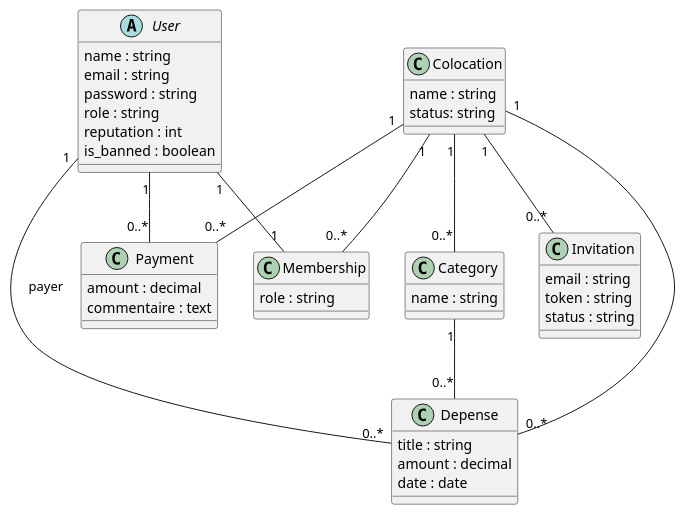
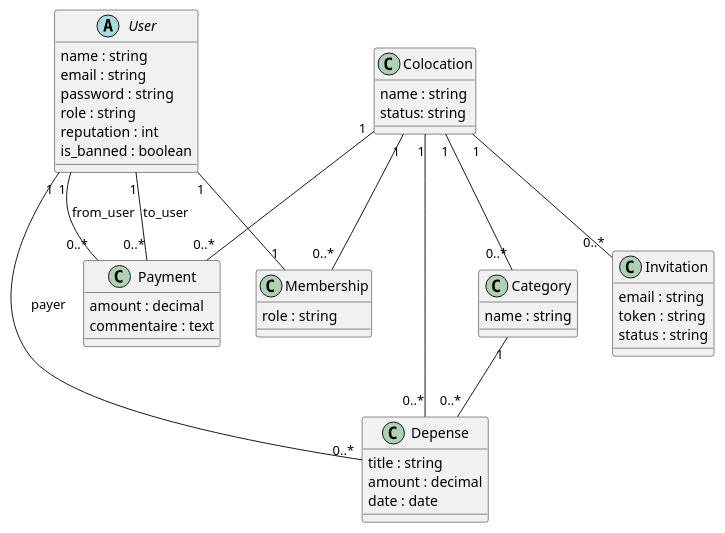
One commit to Yassinenmila/Colocation changed the diagram in diagrames/classcase.puml. Above: the diagram before and after it, drawn with PlantUML. The commit also changed 2 other files, not shown here.

```diff
--- a/diagrames/classcase.puml
+++ b/diagrames/classcase.puml
@@ -1,58 +1,59 @@
 @startuml colocation 
 
 abstract class User {
 
     name : string 
     email : string 
     password : string 
     role : string 
     reputation : int 
     is_banned : boolean
 }
 
 class Colocation {
     name : string 
     status: string
 }
 
 class Membership{
     role : string 
 }
 
 class Depense {
     title : string 
     amount : decimal
     date : date 
 }
 
 class Category {
     name : string 
 }
 
 class Payment {
     amount : decimal
     commentaire : text 
 }
 
 class Invitation {
 
     email : string 
     token : string
     status : string 
 }
 
 ' Relations
 User "1" -- "1" Membership
 Colocation "1" -- "0..*" Membership
 
 Colocation "1" -- "0..*" Depense 
 Colocation "1" -- "0..*" Category
 Colocation "1" -- "0..*" Invitation
 
 User "1" -- "0..*" Depense : payer
 Category "1" -- "0..*" Depense
 
-User "1" -- "0..*" Payment
+User "1" -- "0..*" Payment : from_user
+User "1" -- "0..*" Payment : to_user
 Colocation "1" -- "0..*" Payment
 
 @enduml
```
